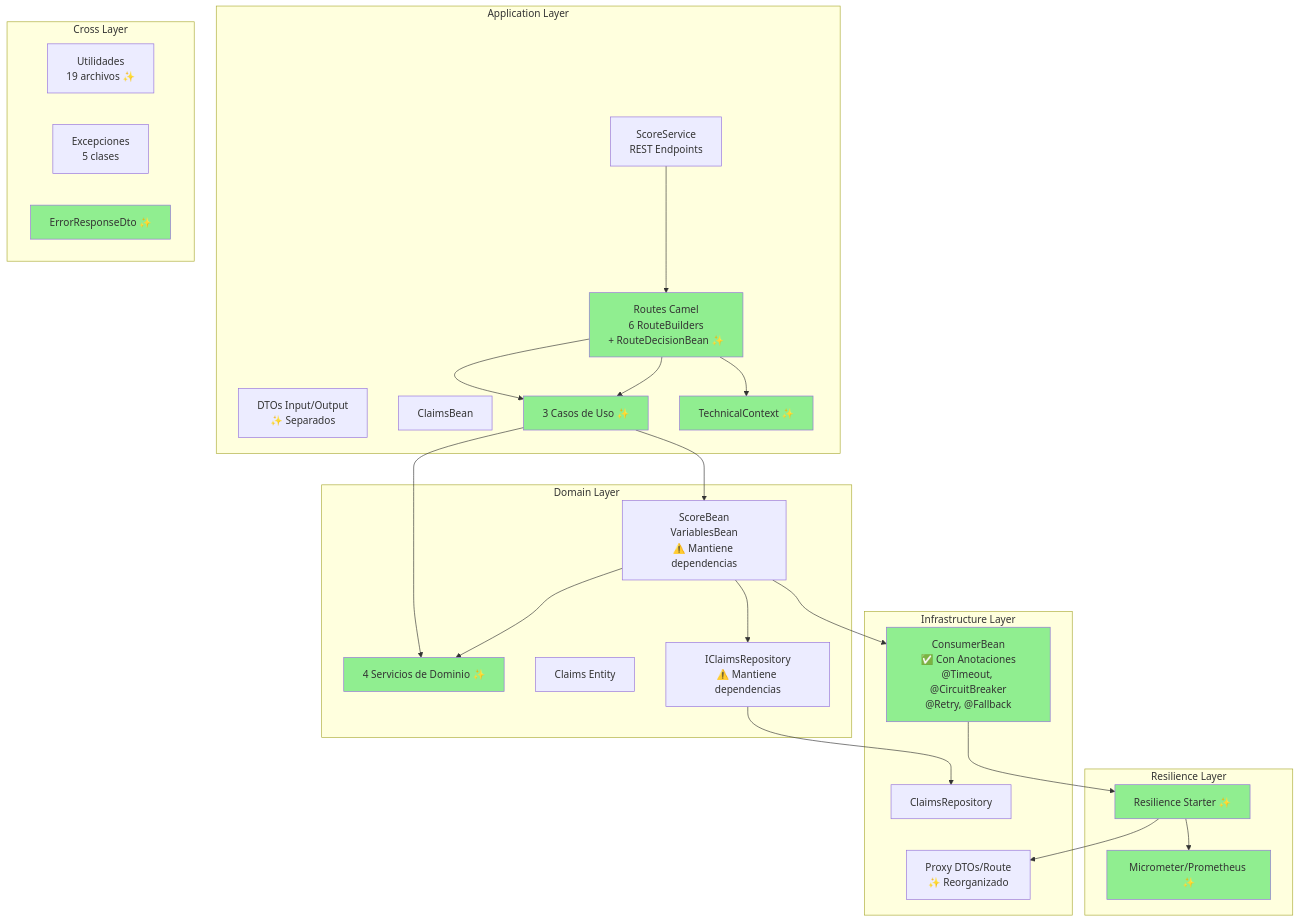
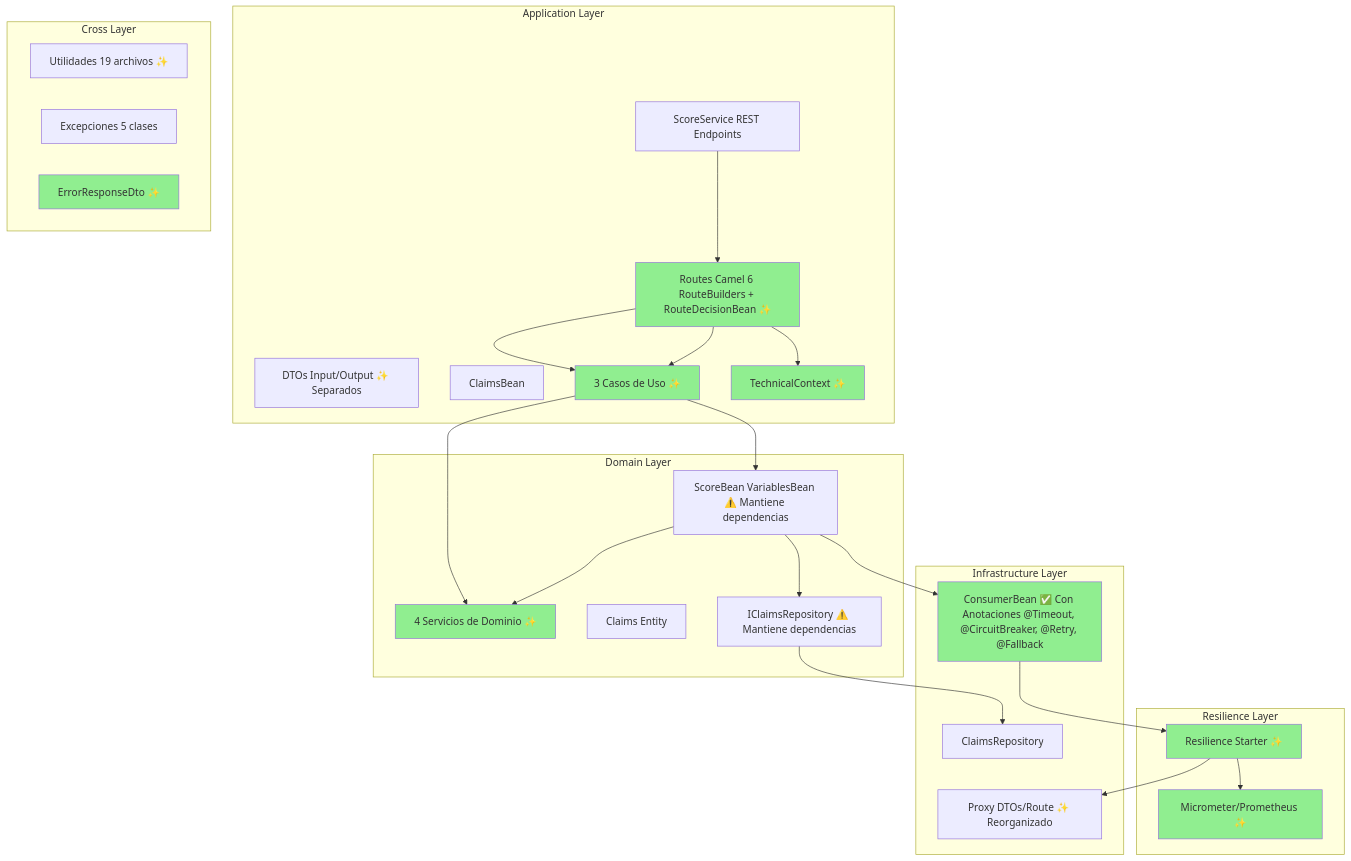
One commit to rrondinel/documents changed diagram 15 of 27 in DIAGRAMAS_MERMAID_COMPARATIVOS.md. Above: the diagram before and after it, drawn with Mermaid. The commit also changed other lines of this file, not shown here.

````diff
--- a/DIAGRAMAS_MERMAID_COMPARATIVOS.md
+++ b/DIAGRAMAS_MERMAID_COMPARATIVOS.md
@@ -617,58 +617,58 @@
 ```mermaid
 graph TB
     subgraph "Application Layer"
-        AppRoute[Routes Camel<br/>6 RouteBuilders<br/>+ RouteDecisionBean ✨]
-        AppService[ScoreService<br/>REST Endpoints]
-        AppDTO[DTOs Input/Output<br/>✨ Separados]
-        AppBean[ClaimsBean]
-        AppUseCase[3 Casos de Uso ✨]
-        AppContext[TechnicalContext ✨]
+        AppRoute["Routes Camel 6 RouteBuilders + RouteDecisionBean ✨"]
+        AppService["ScoreService REST Endpoints"]
+        AppDTO["DTOs Input/Output ✨ Separados"]
+        AppBean["ClaimsBean"]
+        AppUseCase["3 Casos de Uso ✨"]
+        AppContext["TechnicalContext ✨"]
     end
     
     subgraph "Domain Layer"
-        DomBean[ScoreBean<br/>VariablesBean<br/>⚠️ Mantiene dependencias]
-        DomService[4 Servicios de Dominio ✨]
-        DomEntity[Claims Entity]
-        DomRepo[IClaimsRepository<br/>⚠️ Mantiene dependencias]
+        DomBean["ScoreBean VariablesBean ⚠️ Mantiene dependencias"]
+        DomService["4 Servicios de Dominio ✨"]
+        DomEntity["Claims Entity"]
+        DomRepo["IClaimsRepository ⚠️ Mantiene dependencias"]
     end
     
     subgraph "Infrastructure Layer"
-        InfraBean[ConsumerBean<br/>✅ Con Anotaciones<br/>@Timeout, @CircuitBreaker<br/>@Retry, @Fallback]
-        InfraProxy[Proxy DTOs/Route<br/>✨ Reorganizado]
-        InfraRepo[ClaimsRepository]
+        InfraBean["ConsumerBean ✅ Con Anotaciones @Timeout, @CircuitBreaker, @Retry, @Fallback"]
+        InfraProxy["Proxy DTOs/Route ✨ Reorganizado"]
+        InfraRepo["ClaimsRepository"]
     end
     
     subgraph "Resilience Layer"
         Resilience[Resilience Starter ✨]
         Metrics[Micrometer/Prometheus ✨]
     end
     
     subgraph "Cross Layer"
-        CrossUtil[Utilidades<br/>19 archivos ✨]
-        CrossExc[Excepciones<br/>5 clases]
-        CrossDTO[ErrorResponseDto ✨]
+        CrossUtil["Utilidades 19 archivos ✨"]
+        CrossExc["Excepciones 5 clases"]
+        CrossDTO["ErrorResponseDto ✨"]
     end
     
     AppService --> AppRoute
     AppRoute --> AppUseCase
     AppRoute --> AppContext
     AppRoute --> AppUseCase
     AppUseCase --> DomBean
     AppUseCase --> DomService
     DomBean --> DomService
     DomBean --> InfraBean
     InfraBean --> Resilience
     Resilience --> InfraProxy
     Resilience --> Metrics
     DomBean --> DomRepo
     DomRepo --> InfraRepo
     
     style AppRoute fill:#90EE90
     style AppUseCase fill:#90EE90
     style AppContext fill:#90EE90
     style DomService fill:#90EE90
     style InfraBean fill:#90EE90
     style Resilience fill:#90EE90
     style Metrics fill:#90EE90
     style CrossDTO fill:#90EE90
 ```
````
